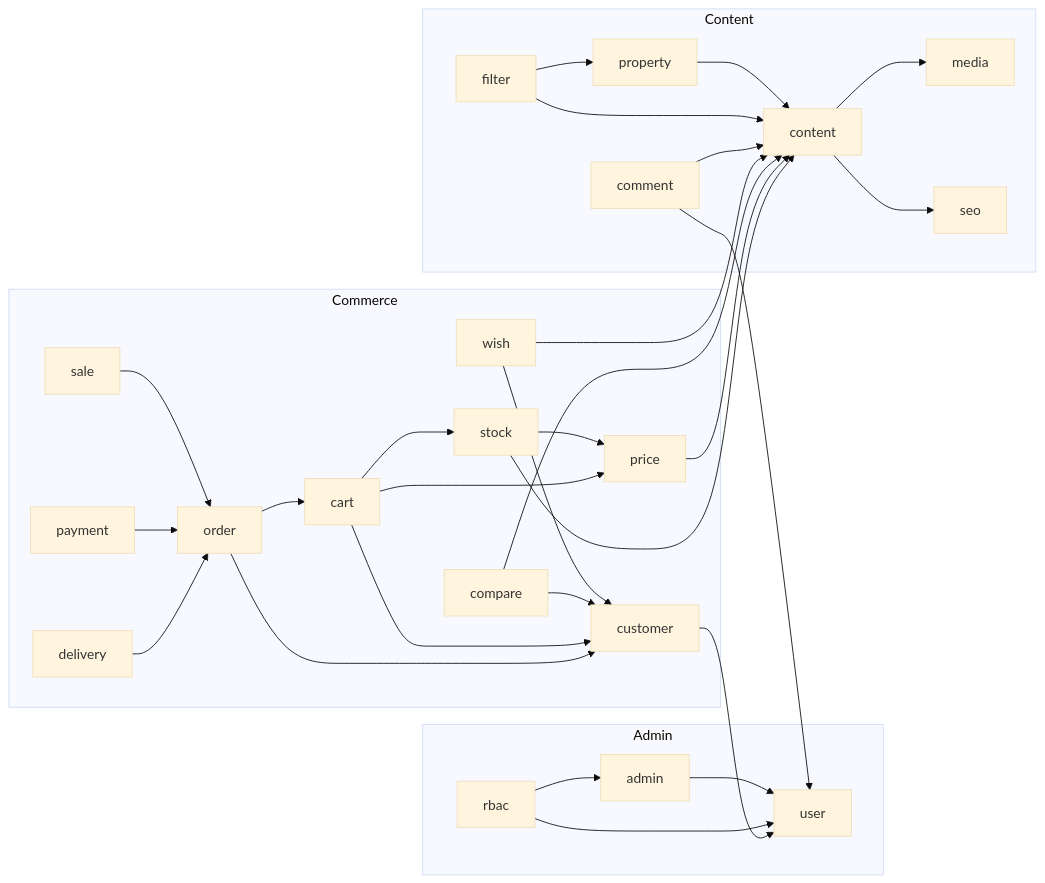
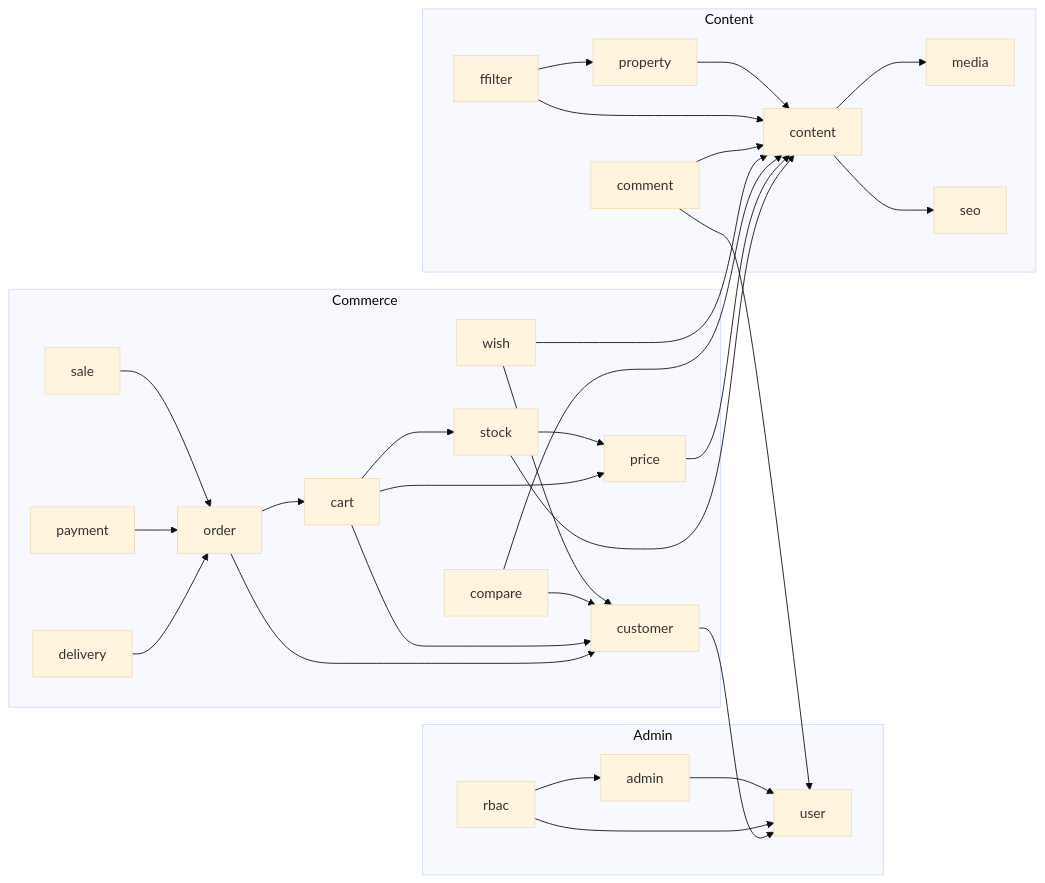
The second of 2 diagrams in docs/README.md (OlegVashkevich/gothrix), drawn with Mermaid (base theme) before and after one commit. The commit also changed other lines of this file, not shown here.

Commit message:
doc: исправлены mermaid

````diff
--- a/docs/README.md
+++ b/docs/README.md
@@ -116,35 +116,35 @@
 ```mermaid
-    graph LR
+graph LR
     subgraph Admin
         admin --> user
         rbac --> user
         rbac --> admin
     end
     subgraph Content
         content --> media
         content --> seo
         property --> content
-        filter --> content
-        filter --> property
+        ffilter --> content
+        ffilter --> property
         comment --> content
         comment --> user
     end
     subgraph Сommerce
         customer --> user
         wish --> customer
         wish --> content
         compare --> customer
         compare --> content
         price --> content
         stock --> content
         stock --> price
         сart --> customer
         сart --> price
         сart --> stock
         order --> customer
         order --> сart
         sale --> order
         payment --> order
         delivery --> order
     end
 ```
````
